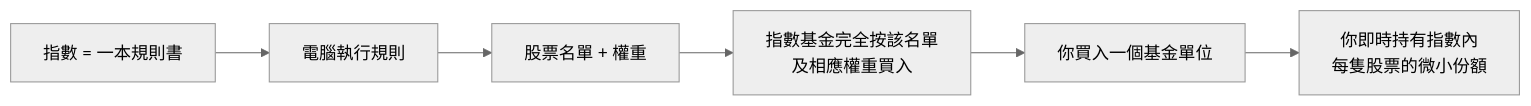
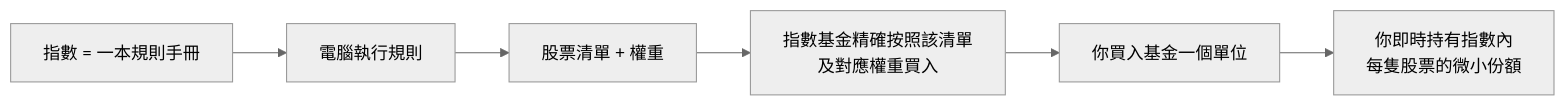
The first of 4 diagrams in course_hk/week02_index_funds_etfs.md (chanmainvest/tutorial), drawn with Mermaid (neutral theme) before and after one commit. The commit also changed other lines of this file and 451 other files, not shown here.

````diff
--- a/course_hk/week02_index_funds_etfs.md
+++ b/course_hk/week02_index_funds_etfs.md
@@ -55,8 +55,8 @@
 ```mermaid
 flowchart LR
-    A[指數 = 一本規則書] --> B[電腦執行規則]
-    B --> C[股票名單 + 權重]
-    C --> D[指數基金完全按該名單<br/>及相應權重買入]
-    D --> E[你買入一個基金單位]
+    A[指數 = 一本規則手冊] --> B[電腦執行規則]
+    B --> C[股票清單 + 權重]
+    C --> D[指數基金精確按照該清單<br/>及對應權重買入]
+    D --> E[你買入基金一個單位]
     E --> F[你即時持有指數內<br/>每隻股票的微小份額]
 ```
````
